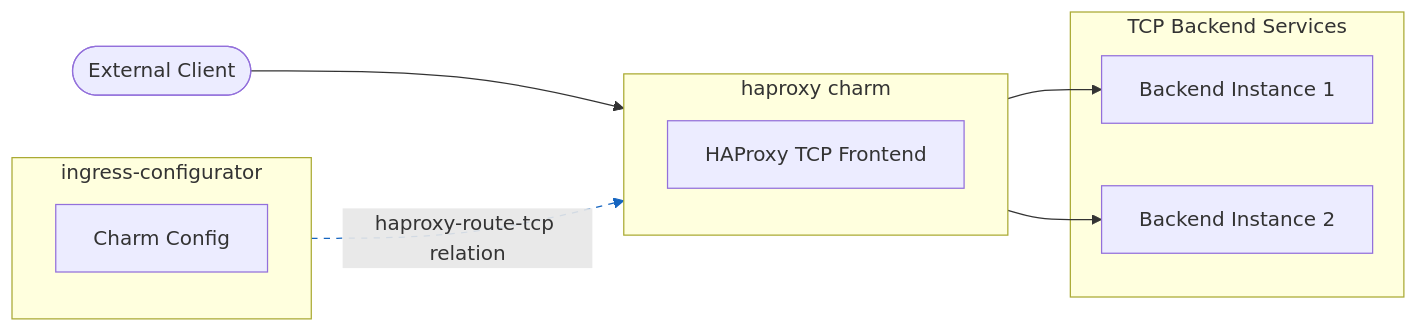
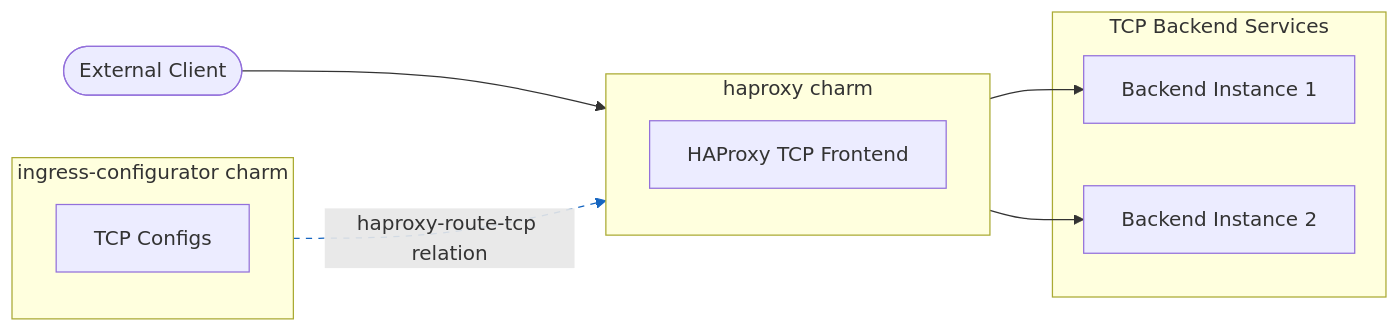
Before and after one commit to canonical/ingress-configurator-operator: the diagram in docs/explanation/haproxy-route-tcp.md, drawn with Mermaid. The commit also changed 1 other file, not shown here.

Commit message:
Apply batched suggestions from code review

````diff
--- a/docs/explanation/haproxy-route-tcp.md
+++ b/docs/explanation/haproxy-route-tcp.md
@@ -30,25 +30,25 @@
 ```{mermaid}
 flowchart LR
     Client(["External Client"]) --> HAProxy
 
-    subgraph IC["ingress-configurator"]
-        CONF["Charm Config"]
+    subgraph IC["ingress-configurator charm"]
+        CONF["TCP Configs"]
     end
 
     subgraph HAProxy["haproxy charm"]
         FE["HAProxy TCP Frontend"]
     end
 
     subgraph Backend["TCP Backend Services"]
         BE1["Backend Instance 1"]
         BE2["Backend Instance 2"]
     end
 
     HAProxy --> BE1
     HAProxy --> BE2
 
     IC -- "haproxy-route-tcp relation" --> HAProxy
 
     classDef juju stroke:#1565c0,stroke-dasharray:5 5
     linkStyle 3 stroke:#1565c0,stroke-dasharray:5 5
 ```
````
